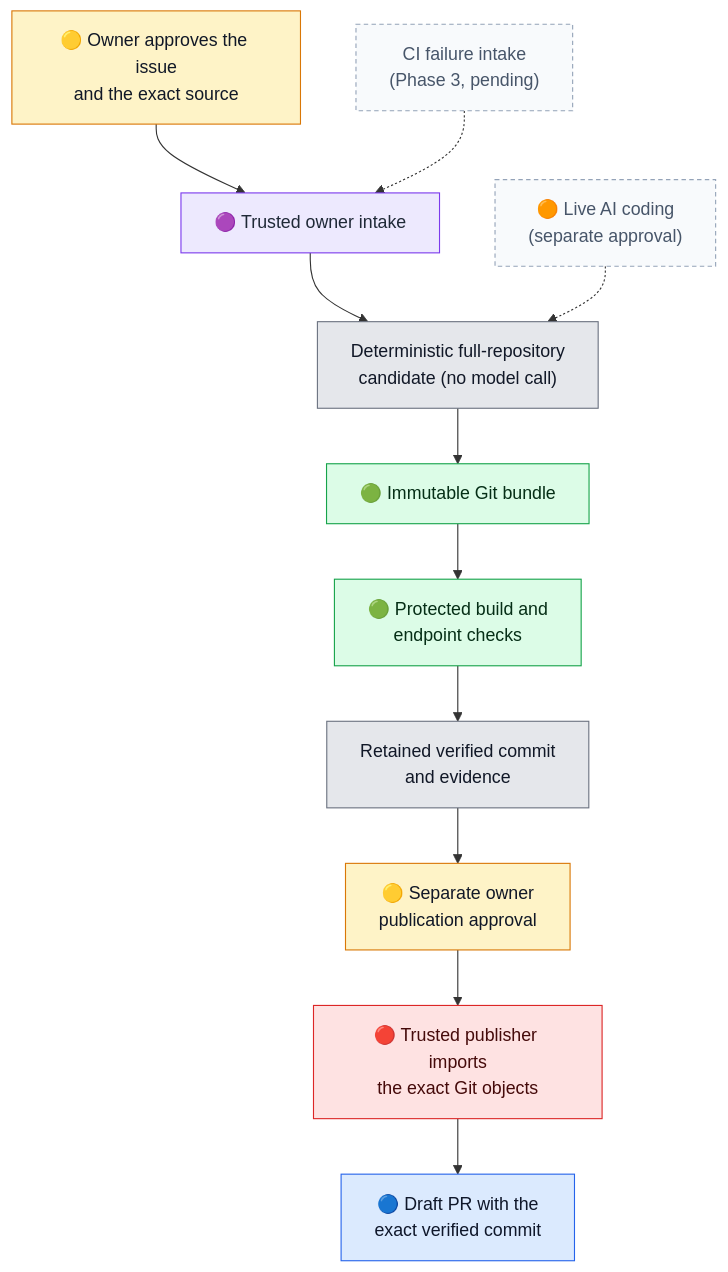
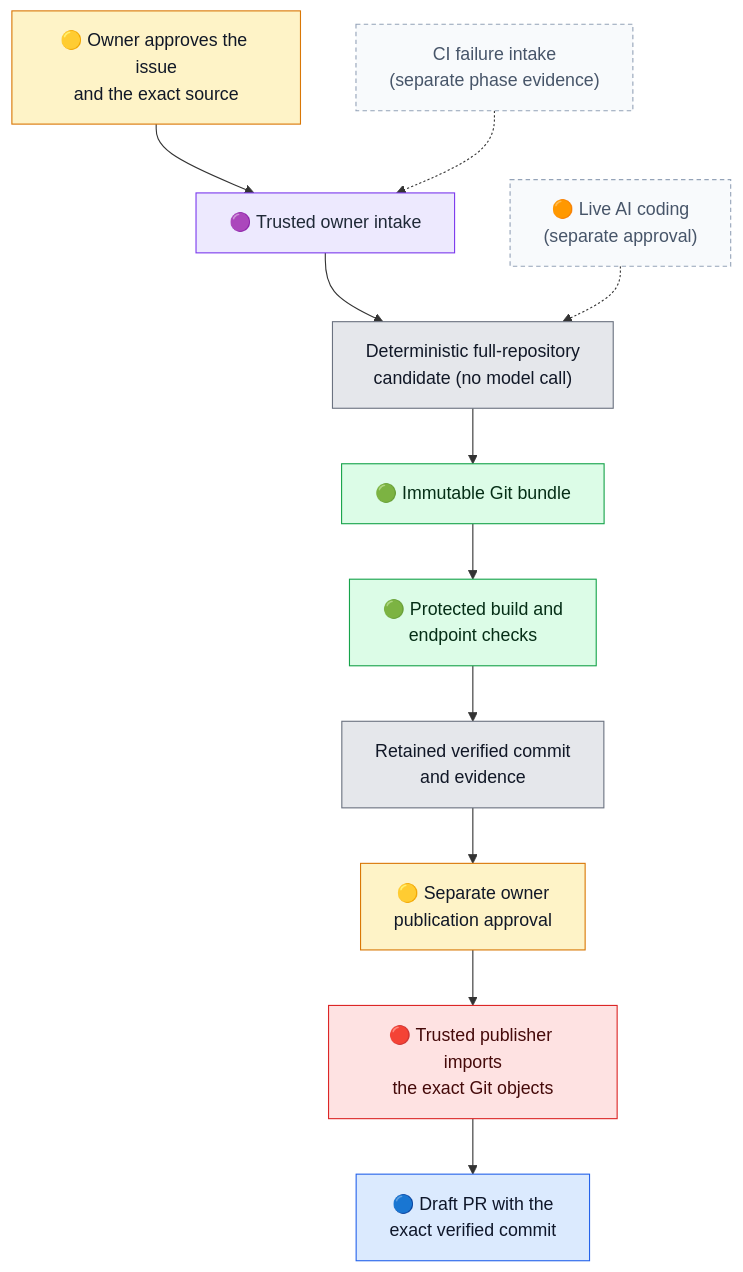
The second of 8 diagrams in docs/guide/simple-guide.md (mikara89/factory-engineering-portal), drawn with Mermaid before and after one commit. The commit also changed other lines of this file and 8 other files, not shown here.

````diff
--- a/docs/guide/simple-guide.md
+++ b/docs/guide/simple-guide.md
@@ -143,30 +143,30 @@
 ```mermaid
 flowchart TB
     Owner["🟡 Owner approves the issue<br/>and the exact source"] --> Intake["🟣 Trusted owner intake"]
     Intake --> Candidate["Deterministic full-repository<br/>candidate (no model call)"]
     Candidate --> Bundle["🟢 Immutable Git bundle"]
     Bundle --> Verify["🟢 Protected build and<br/>endpoint checks"]
     Verify --> Evidence["Retained verified commit<br/>and evidence"]
     Evidence --> Approval["🟡 Separate owner<br/>publication approval"]
     Approval --> Publisher["🔴 Trusted publisher imports<br/>the exact Git objects"]
     Publisher --> Draft["🔵 Draft PR with the<br/>exact verified commit"]
-    CI["CI failure intake<br/>(Phase 3, pending)"] -.-> Intake
+    CI["CI failure intake<br/>(separate phase evidence)"] -.-> Intake
     Live["🟠 Live AI coding<br/>(separate approval)"] -.-> Candidate
 
     classDef source fill:#dbeafe,stroke:#2563eb,color:#0f172a;
     classDef control fill:#ede9fe,stroke:#7c3aed,color:#1f2937;
     classDef agent fill:#ffedd5,stroke:#ea580c,color:#431407;
     classDef verify fill:#dcfce7,stroke:#16a34a,color:#052e16;
     classDef publish fill:#fee2e2,stroke:#dc2626,color:#450a0a;
     classDef infra fill:#e5e7eb,stroke:#6b7280,color:#111827;
     classDef human fill:#fef3c7,stroke:#d97706,color:#111827;
     classDef outside fill:#f8fafc,stroke:#94a3b8,color:#475569,stroke-dasharray: 4 3;
 
     class Owner,Approval human;
     class Intake control;
     class Candidate,Evidence infra;
     class Bundle,Verify verify;
     class Publisher publish;
     class Draft source;
     class CI,Live outside;
 ```
````
